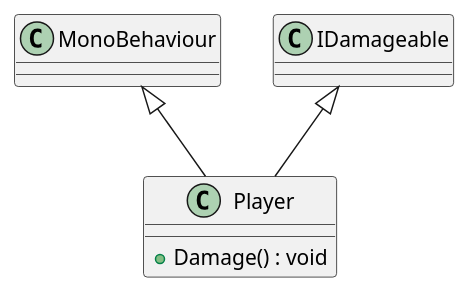
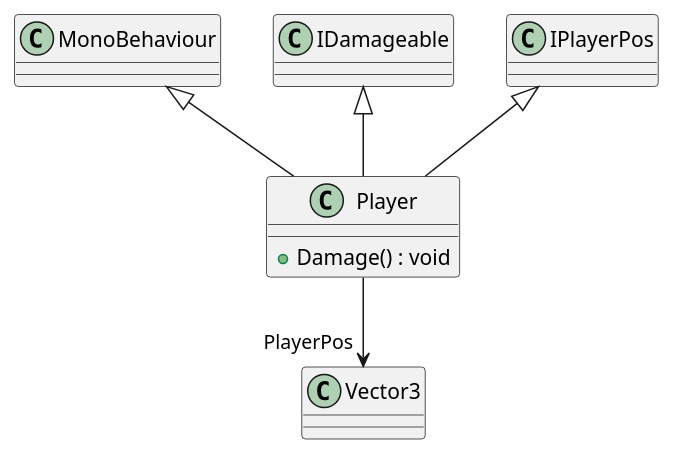
Before and after one commit to CrescentMoon8/MagicBarrage: the diagram in plantuml/Player/Player.puml, drawn with PlantUML. The commit also changed 31 other files, not shown here.

```diff
--- a/plantuml/Player/Player.puml
+++ b/plantuml/Player/Player.puml
@@ -1,7 +1,9 @@
 @startuml
 class Player {
     + Damage() : void
 }
 MonoBehaviour <|-- Player
 IDamageable <|-- Player
+IPlayerPos <|-- Player
+Player --> "PlayerPos" Vector3
 @enduml
```
